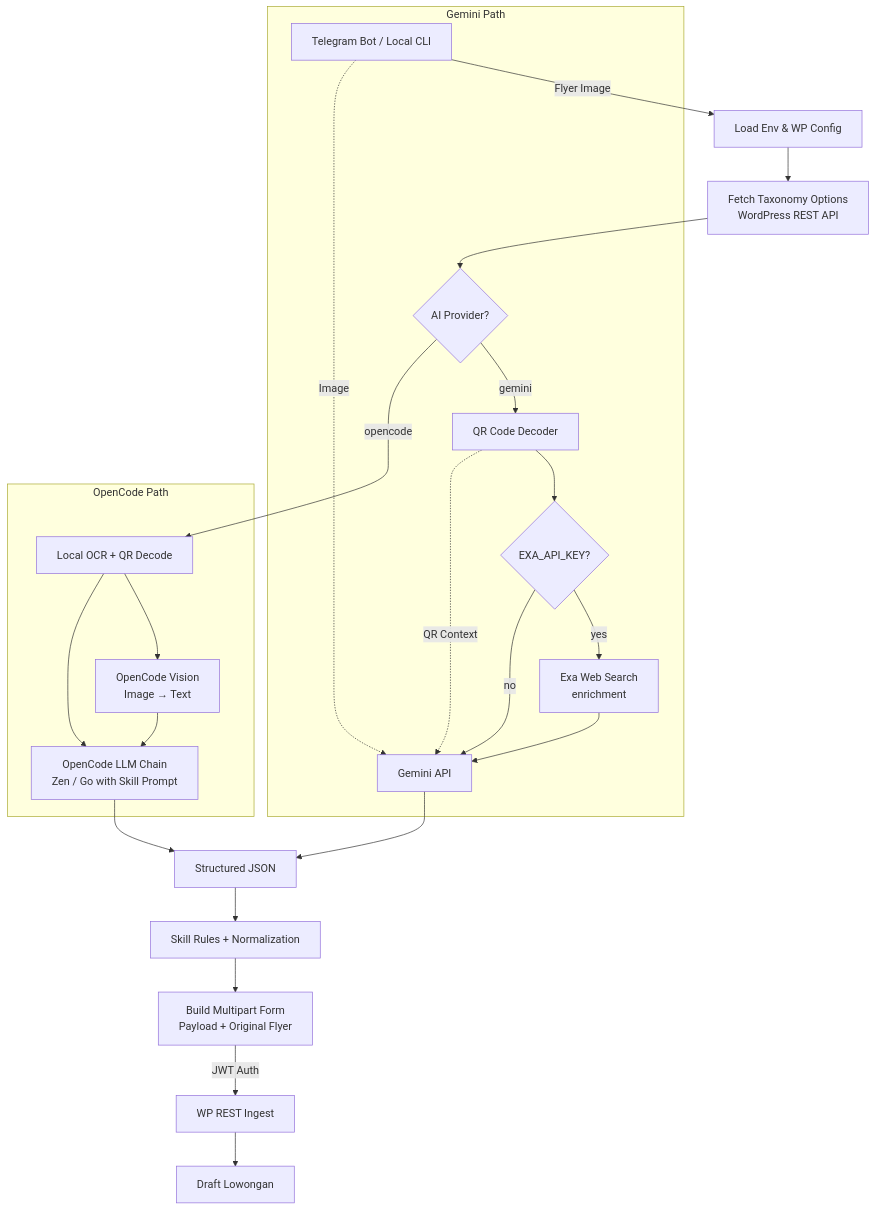
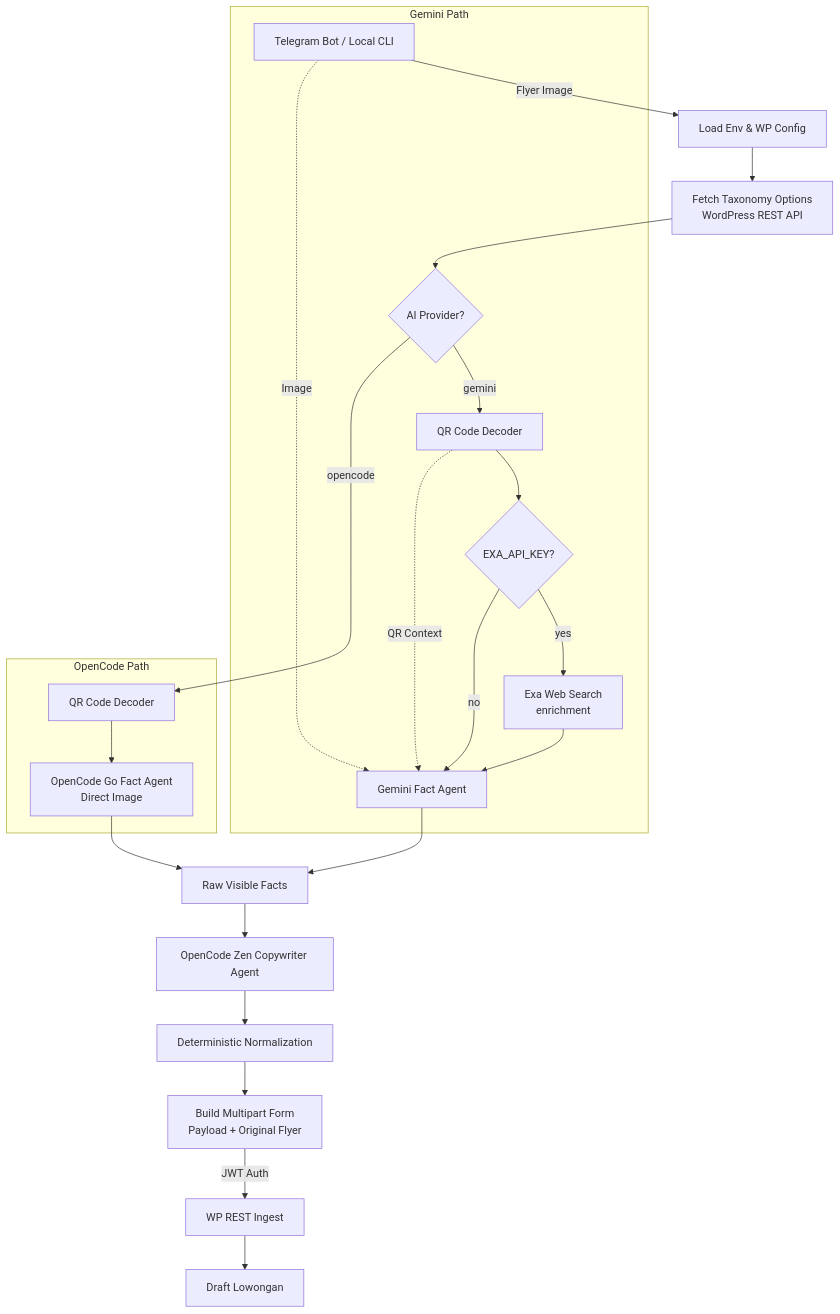
Before and after one commit to LNSR/wplokerbjm-post-automation: the diagram in README.md, drawn with Mermaid. The commit also changed other lines of this file and 16 other files, not shown here.

Commit message:
Switch to dual agent to avoid payload drift

````diff
--- a/README.md
+++ b/README.md
@@ -21,32 +21,31 @@
 ```mermaid
 flowchart TD
     A[Telegram Bot / Local CLI] -->|Flyer Image| B[Load Env & WP Config]
     B --> C[Fetch Taxonomy Options<br/>WordPress REST API]
 
     C --> D{AI Provider?}
 
     subgraph gemini [Gemini Path]
         D -- gemini --> E[QR Code Decoder]
         E --> F{EXA_API_KEY?}
         F -- yes --> G[Exa Web Search<br/>enrichment]
-        F -- no --> H[Gemini API]
+        F -- no --> H[Gemini Fact Agent]
         G --> H
         A -.->|Image| H
         E -.->|QR Context| H
     end
 
     subgraph opencode [OpenCode Path]
-        D -- opencode --> I[Local OCR + QR Decode]
-        I --> J[OpenCode Vision<br/>Image → Text]
-        J --> K[OpenCode LLM Chain<br/>Zen / Go with Skill Prompt]
-        I --> K
+        D -- opencode --> I[QR Code Decoder]
+        I --> J[OpenCode Go Fact Agent<br/>Direct Image]
     end
 
-    H --> L[Structured JSON]
-    K --> L
+    H --> L[Raw Visible Facts]
+    J --> L
 
-    L --> M[Skill Rules + Normalization]
-    M --> N[Build Multipart Form<br/>Payload + Original Flyer]
-    N -->|JWT Auth| O[WP REST Ingest]
-    O --> P[Draft Lowongan]
+    L --> M[OpenCode Zen Copywriter Agent]
+    M --> N[Deterministic Normalization]
+    N --> O[Build Multipart Form<br/>Payload + Original Flyer]
+    O -->|JWT Auth| P[WP REST Ingest]
+    P --> Q[Draft Lowongan]
 ```
````
